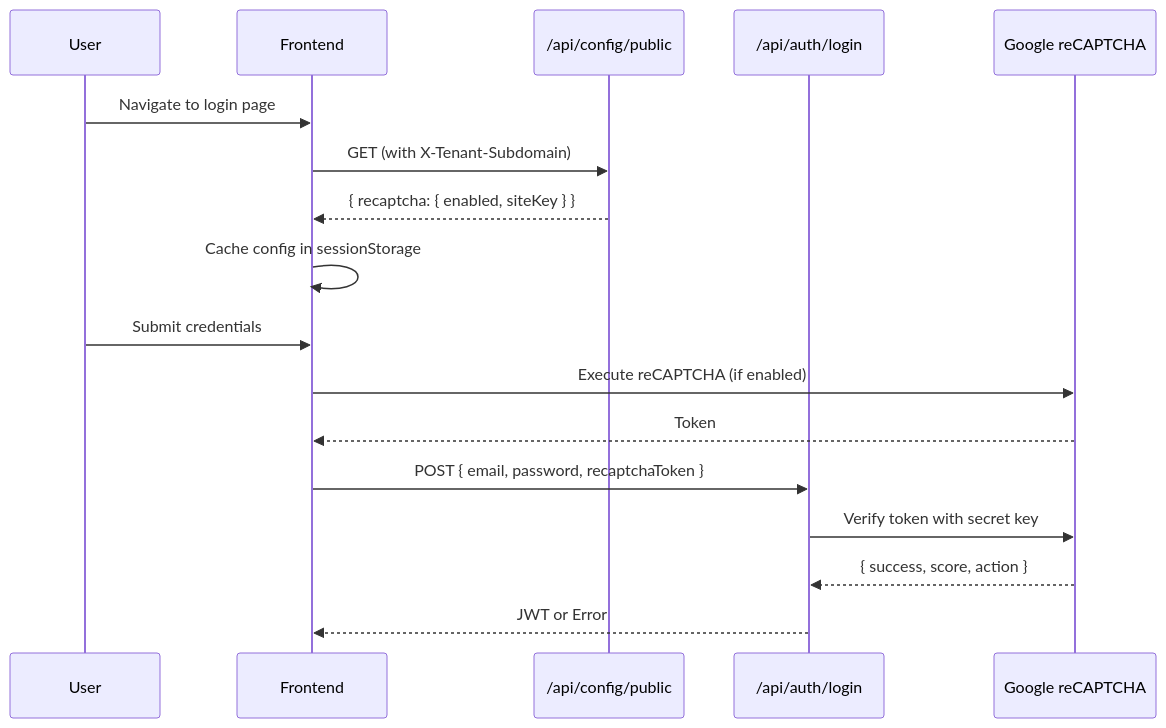
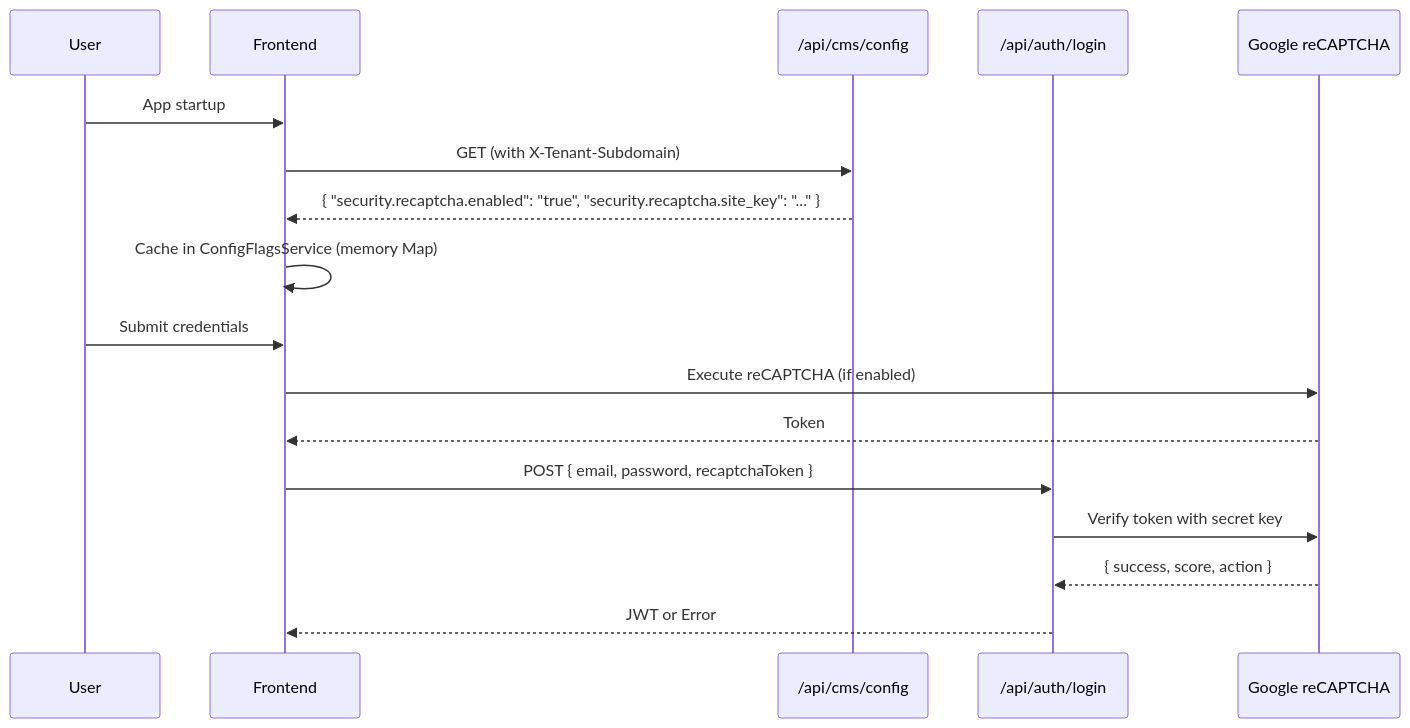
The diagram in docs/global/authentication.md (yunusemreerkesikbas/AdminCraft), drawn with Mermaid before and after one commit. The commit also changed other lines of this file and 100 other files, not shown here.

First line of the commit message:
feature/CMS-187 hac benzeri config control panel geliştirmesi yapıldı refactor: remove PublicTenantConfigResult and related service, update SecuritySettingsResult and UpdateSecuritySettingsCommand

````diff
--- a/docs/global/authentication.md
+++ b/docs/global/authentication.md
@@ -736,21 +736,21 @@
 ```mermaid
 sequenceDiagram
     participant User
     participant Frontend
-    participant PublicConfigAPI as /api/config/public
+    participant CmsConfigAPI as /api/cms/config
     participant AuthAPI as /api/auth/login
     participant Google as Google reCAPTCHA
 
-    User->>Frontend: Navigate to login page
-    Frontend->>PublicConfigAPI: GET (with X-Tenant-Subdomain)
-    PublicConfigAPI-->>Frontend: { recaptcha: { enabled, siteKey } }
-    Frontend->>Frontend: Cache config in sessionStorage
-    
+    User->>Frontend: App startup
+    Frontend->>CmsConfigAPI: GET (with X-Tenant-Subdomain)
+    CmsConfigAPI-->>Frontend: { "security.recaptcha.enabled": "true", "security.recaptcha.site_key": "..." }
+    Frontend->>Frontend: Cache in ConfigFlagsService (memory Map)
+
     User->>Frontend: Submit credentials
     Frontend->>Google: Execute reCAPTCHA (if enabled)
     Google-->>Frontend: Token
     Frontend->>AuthAPI: POST { email, password, recaptchaToken }
     AuthAPI->>Google: Verify token with secret key
     Google-->>AuthAPI: { success, score, action }
     AuthAPI-->>Frontend: JWT or Error
 ```
````
